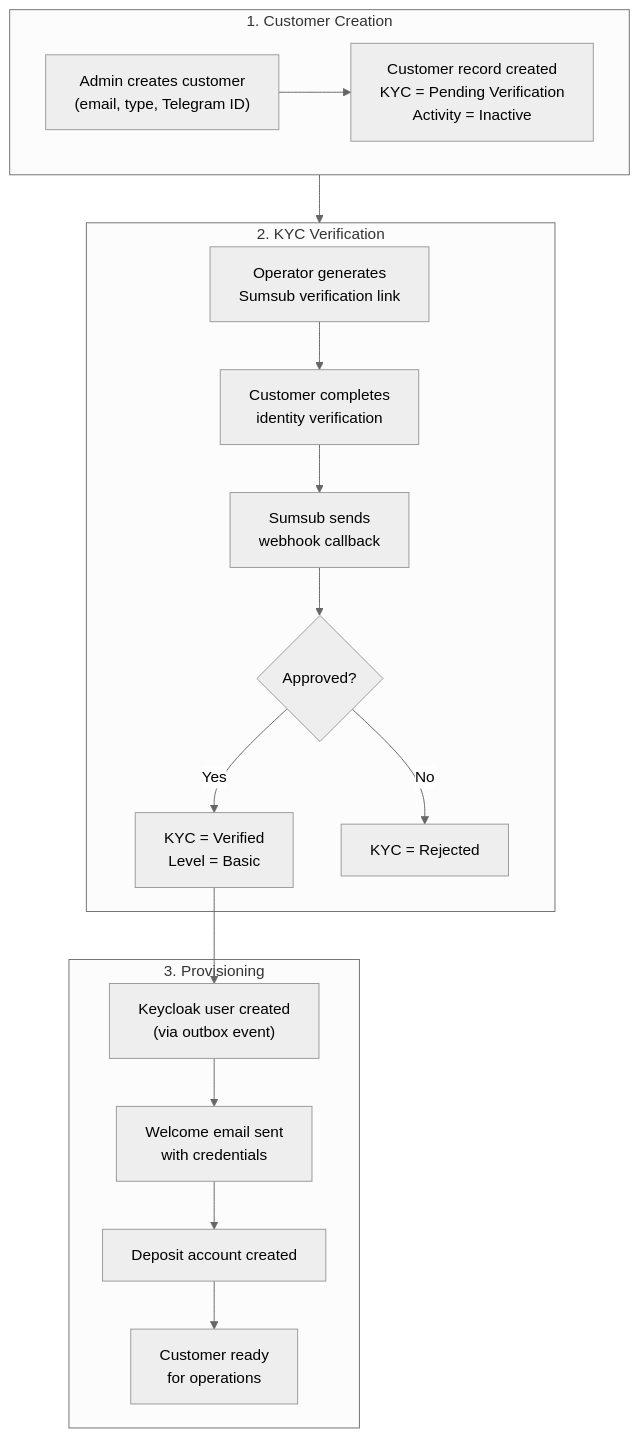
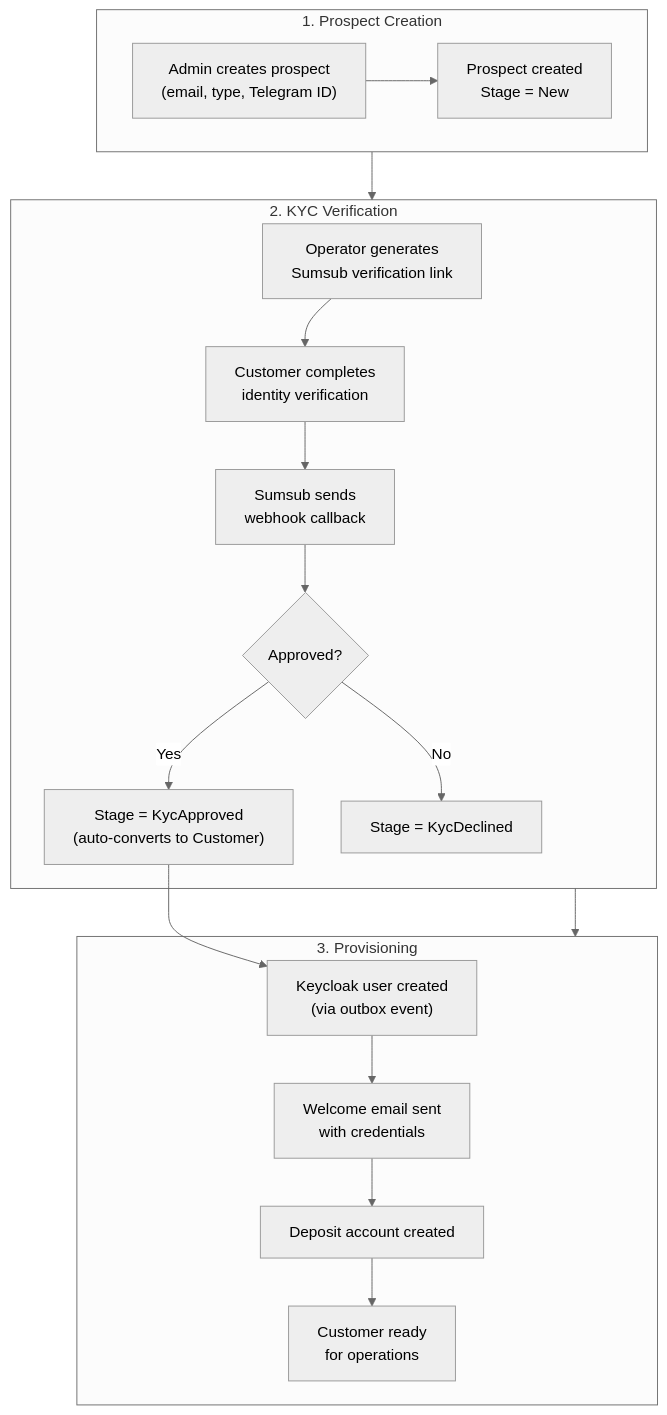
One commit to GaloyMoney/lana-bank changed the diagram in docs-site/docs/technical-documentation/customers/onboarding.md. Above: the diagram before and after it, drawn with Mermaid (neutral theme). The commit also changed other lines of this file and 3 other files, not shown here.

````diff
--- a/docs-site/docs/technical-documentation/customers/onboarding.md
+++ b/docs-site/docs/technical-documentation/customers/onboarding.md
@@ -13,19 +13,20 @@
 ```mermaid
 graph TD
-    subgraph S1["1. Customer Creation"]
-        CREATE["Admin creates customer<br/>(email, type, Telegram ID)"] --> PENDING["Customer record created<br/>KYC = Pending Verification<br/>Activity = Inactive"]
+    subgraph S1["1. Prospect Creation"]
+        CREATE["Admin creates prospect<br/>(email, type, Telegram ID)"] --> NEW["Prospect created<br/>Stage = New"]
     end
     subgraph S2["2. KYC Verification"]
         LINK["Operator generates<br/>Sumsub verification link"] --> CUST["Customer completes<br/>identity verification"] --> HOOK["Sumsub sends<br/>webhook callback"]
         HOOK --> RESULT{Approved?}
-        RESULT -->|Yes| APPROVED["KYC = Verified<br/>Level = Basic"]
-        RESULT -->|No| REJECTED["KYC = Rejected"]
+        RESULT -->|Yes| KYCBASIC["Stage = KycApproved<br/>(auto-converts to Customer)"]
+        RESULT -->|No| KYCDECLINED["Stage = KycDeclined"]
     end
     subgraph S3["3. Provisioning"]
-        APPROVED --> KC["Keycloak user created<br/>(via outbox event)"]
+        KYCBASIC --> KC["Keycloak user created<br/>(via outbox event)"]
         KC --> EMAIL["Welcome email sent<br/>with credentials"]
         EMAIL --> DEPACC["Deposit account created"]
         DEPACC --> ACTIVE["Customer ready<br/>for operations"]
     end
     S1 --> S2
+    S2 --> S3
 ```
````
